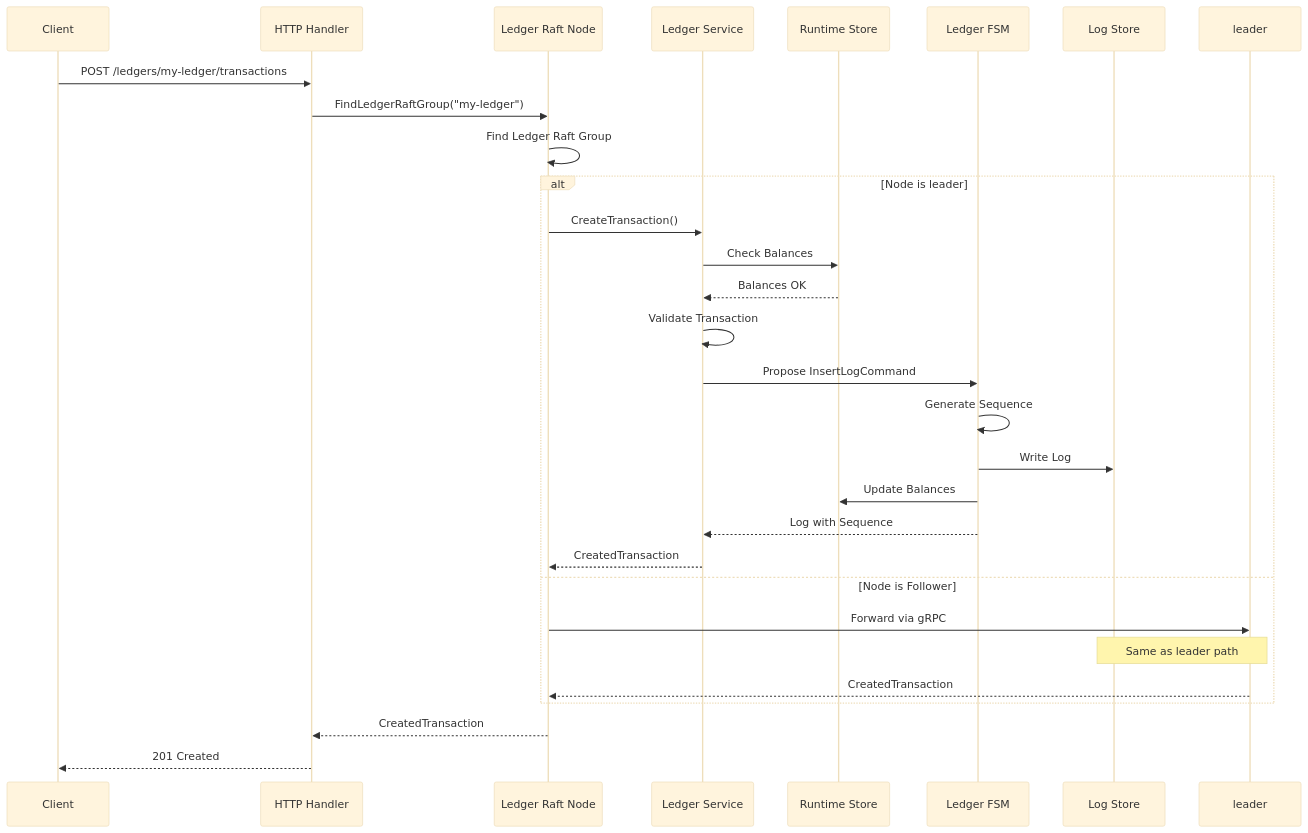
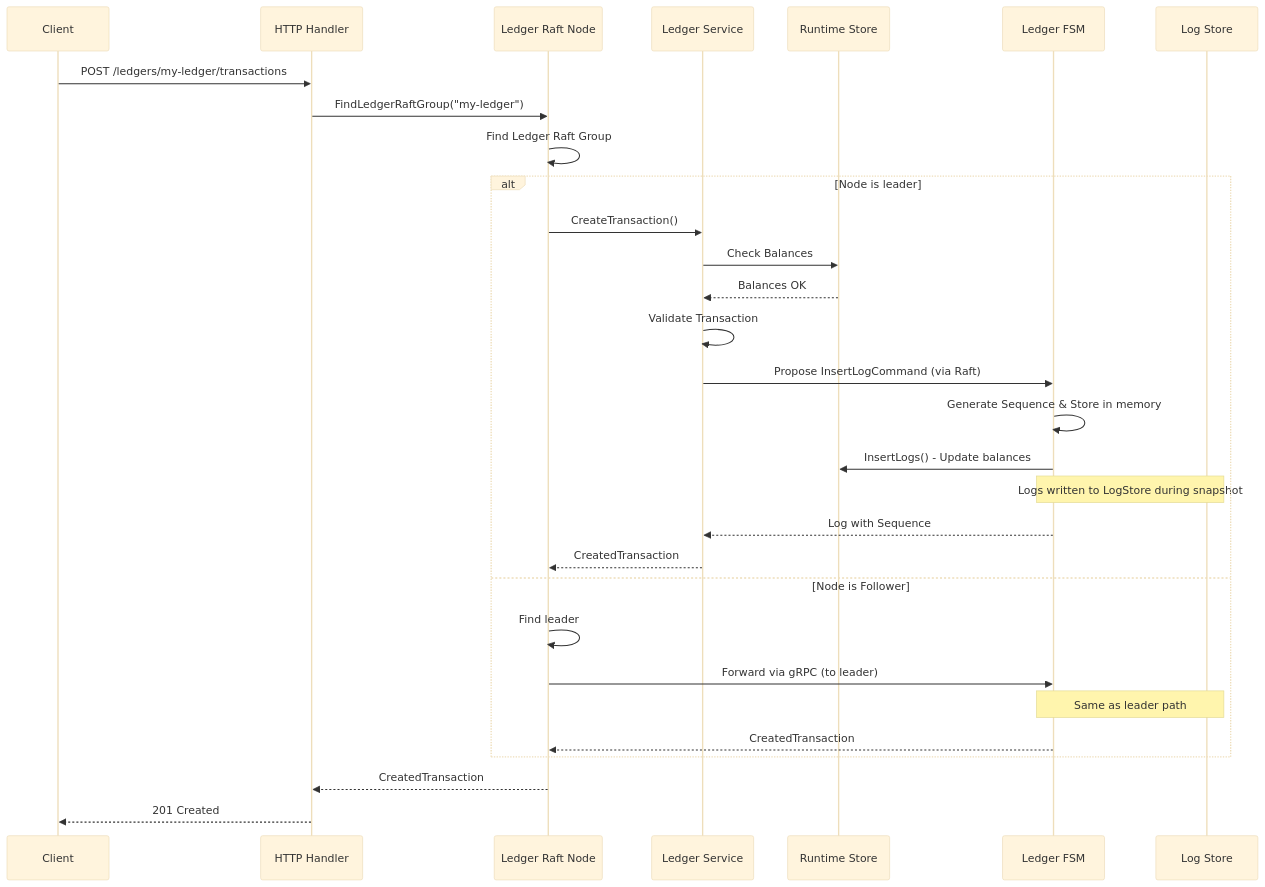
The second of 7 diagrams in docs/data-flows.md (formancehq/ledger), drawn with Mermaid (base theme) before and after one commit. The commit also changed other lines of this file and 13 other files, not shown here.

````diff
--- a/docs/data-flows.md
+++ b/docs/data-flows.md
@@ -87,34 +86,35 @@
 ```mermaid
 sequenceDiagram
     participant Client
     participant HTTP as HTTP Handler
     participant LedgerNode as Ledger Raft Node
     participant LedgerService as Ledger Service
     participant RuntimeStore as Runtime Store
     participant LedgerFSM as Ledger FSM
     participant logstore as Log Store
     
     Client->>HTTP: POST /ledgers/my-ledger/transactions
     HTTP->>LedgerNode: FindLedgerRaftGroup("my-ledger")
     LedgerNode->>LedgerNode: Find Ledger Raft Group
     
     alt Node is leader
         LedgerNode->>LedgerService: CreateTransaction()
         LedgerService->>RuntimeStore: Check Balances
         RuntimeStore-->>LedgerService: Balances OK
         LedgerService->>LedgerService: Validate Transaction
-        LedgerService->>LedgerFSM: Propose InsertLogCommand
-        LedgerFSM->>LedgerFSM: Generate Sequence
-        LedgerFSM->>logstore: Write Log
-        LedgerFSM->>RuntimeStore: Update Balances
+        LedgerService->>LedgerFSM: Propose InsertLogCommand (via Raft)
+        LedgerFSM->>LedgerFSM: Generate Sequence & Store in memory
+        LedgerFSM->>RuntimeStore: InsertLogs() - Update balances
+        Note over LedgerFSM,logstore: Logs written to LogStore during snapshot
         LedgerFSM-->>LedgerService: Log with Sequence
         LedgerService-->>LedgerNode: CreatedTransaction
     else Node is Follower
-        LedgerNode->>leader: Forward via gRPC
-        Note over leader,logstore: Same as leader path
-        leader-->>LedgerNode: CreatedTransaction
+        LedgerNode->>LedgerNode: Find leader
+        LedgerNode->>LedgerFSM: Forward via gRPC (to leader)
+        Note over LedgerFSM,logstore: Same as leader path
+        LedgerFSM-->>LedgerNode: CreatedTransaction
     end
     
     LedgerNode-->>HTTP: CreatedTransaction
     HTTP-->>Client: 201 Created
 ```
````
